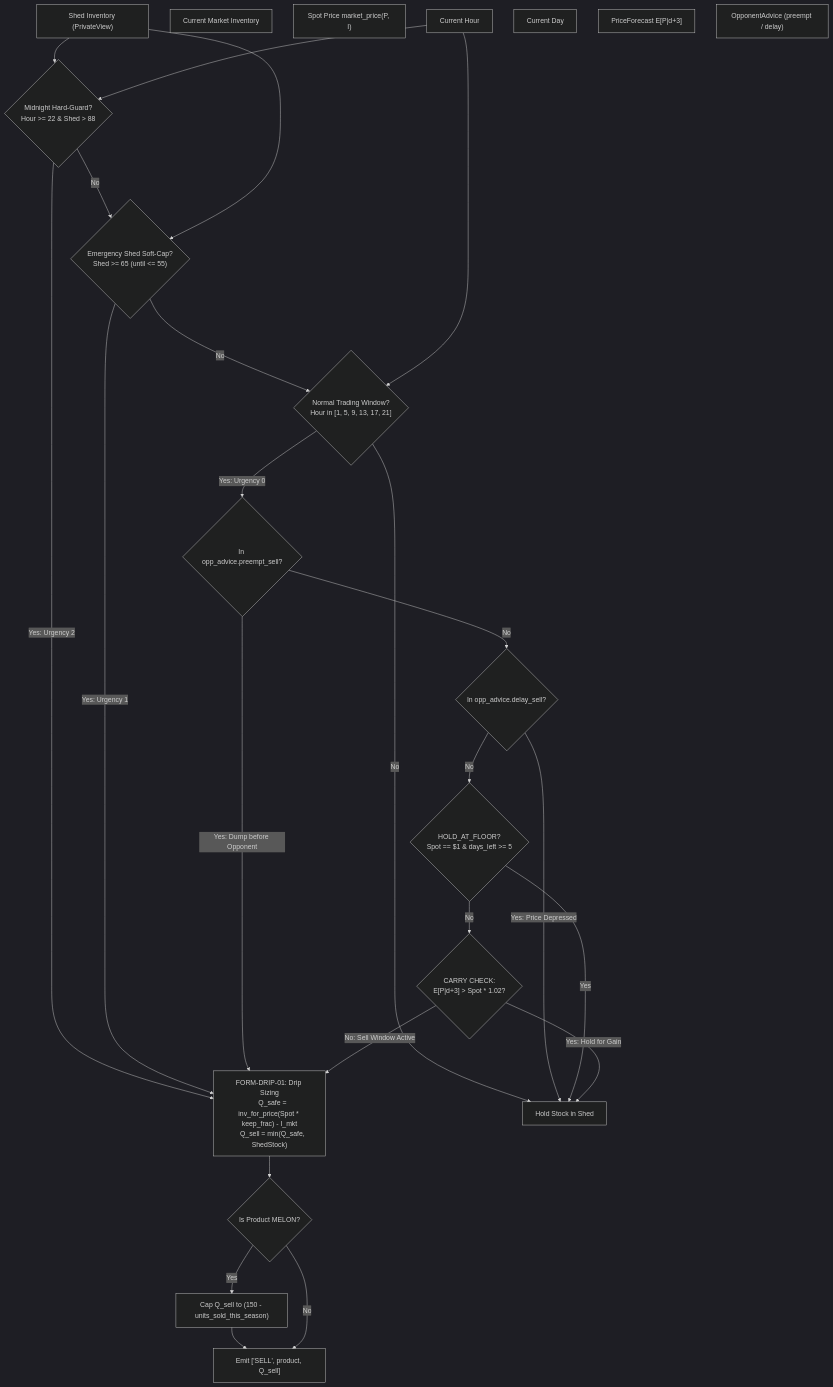
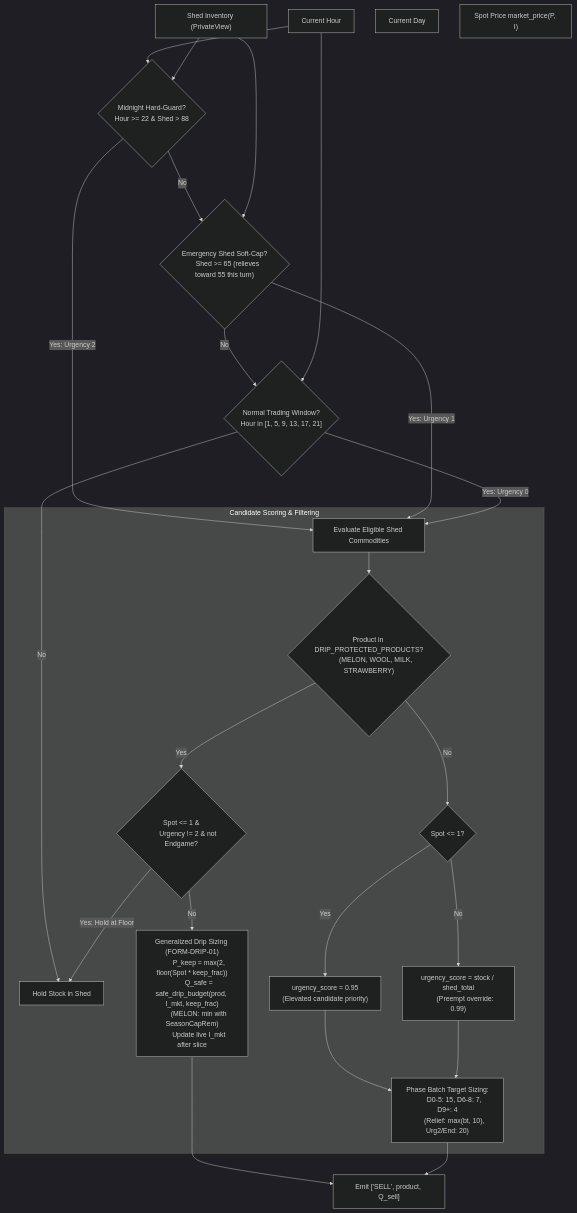
One commit to aaryasj0310-stack/farm changed the fourth of 4 diagrams in architecture/decision_formula.md. Above: the diagram before and after it, drawn with Mermaid (dark theme). The commit also changed other lines of this file and 242 other files, not shown here.

Commit message:
feat: generalized price-protected drip selling, ongoing crop survival watering, and bounded opponent market inference

````diff
--- a/architecture/decision_formula.md
+++ b/architecture/decision_formula.md
@@ -276,58 +348,54 @@
 ```mermaid
 flowchart TD
     SHED["Shed Inventory (PrivateView)"]
-    MKT_INV["Current Market Inventory"]
-    SPOT["Spot Price market_price(P, I)"]
     HR["Current Hour"]
     DAY["Current Day"]
-    FC["PriceForecast E[P|d+3]"]
-    ADV["OpponentAdvice (preempt / delay)"]
+    SPOT["Spot Price market_price(P, I)"]
 
     U2{"Midnight Hard-Guard?
     Hour >= 22 & Shed > 88"}
     U1{"Emergency Shed Soft-Cap?
-    Shed >= 65 (until <= 55)"}
+    Shed >= 65 (relieves toward 55 this turn)"}
     U0{"Normal Trading Window?
     Hour in [1, 5, 9, 13, 17, 21]"}
 
-    PREEMPT{"In opp_advice.preempt_sell?"}
-    DELAY{"In opp_advice.delay_sell?"}
-    FLOOR{"HOLD_AT_FLOOR?
-    Spot == $1 & days_left >= 5"}
-    CARRY{"CARRY CHECK:
-    E[P|d+3] > Spot * 1.02?"}
+    HOLD["Hold Stock in Shed"]
+    EVAL["Evaluate Eligible Shed Commodities"]
 
-    DRIP["FORM-DRIP-01: Drip Sizing
-    Q_safe = inv_for_price(Spot * keep_frac) - I_mkt
-    Q_sell = min(Q_safe, ShedStock)"]
-
-    MELON_CHECK{"Is Product MELON?"}
-    MELON_CAP["Cap Q_sell to (150 - units_sold_this_season)"]
-
-    EMIT_SELL["Emit ['SELL', product, Q_sell]"]
-    HOLD["Hold Stock in Shed"]
-
+    HR --> U2
     SHED --> U2
-    HR --> U2
-    U2 -->|Yes: Urgency 2| DRIP
+    U2 -->|Yes: Urgency 2| EVAL
     U2 -->|No| U1
     SHED --> U1
-    U1 -->|Yes: Urgency 1| DRIP
+    U1 -->|Yes: Urgency 1| EVAL
     U1 -->|No| U0
     HR --> U0
     U0 -->|No| HOLD
-    U0 -->|Yes: Urgency 0| PREEMPT
+    U0 -->|Yes: Urgency 0| EVAL
 
-    PREEMPT -->|Yes: Dump before Opponent| DRIP
-    PREEMPT -->|No| DELAY
-    DELAY -->|Yes: Price Depressed| HOLD
-    DELAY -->|No| FLOOR
-    FLOOR -->|Yes| HOLD
-    FLOOR -->|No| CARRY
-    CARRY -->|Yes: Hold for Gain| HOLD
-    CARRY -->|No: Sell Window Active| DRIP
+    subgraph CANDIDATE_FILTER["Candidate Scoring & Filtering"]
+        EVAL --> IS_PROT{"Product in DRIP_PROTECTED_PRODUCTS?
+        (MELON, WOOL, MILK, STRAWBERRY)"}
+        IS_PROT -->|Yes| PROT_FLOOR{"Spot <= 1 &
+        Urgency != 2 & not Endgame?"}
+        PROT_FLOOR -->|Yes: Hold at Floor| HOLD
+        PROT_FLOOR -->|No| SIZ_DRIP["Generalized Drip Sizing (FORM-DRIP-01)
+        P_keep = max(2, floor(Spot * keep_frac))
+        Q_safe = safe_drip_budget(prod, I_mkt, keep_frac)
+        (MELON: min with SeasonCapRem)
+        Update live I_mkt after slice"]
 
-    DRIP --> MELON_CHECK
-    MELON_CHECK -->|Yes| MELON_CAP --> EMIT_SELL
-    MELON_CHECK -->|No| EMIT_SELL
+        IS_PROT -->|No| NON_PROT_FLOOR{"Spot <= 1?"}
+        NON_PROT_FLOOR -->|Yes| BOOST_PRIO["urgency_score = 0.95
+        (Elevated candidate priority)"]
+        NON_PROT_FLOOR -->|No| STD_PRIO["urgency_score = stock / shed_total
+        (Preempt override: 0.99)"]
+        BOOST_PRIO --> SIZ_FIXED["Phase Batch Target Sizing:
+        D0-5: 15, D6-8: 7, D9+: 4
+        (Relief: max(bt, 10), Urg2/End: 20)"]
+        STD_PRIO --> SIZ_FIXED
+    end
+
+    SIZ_DRIP --> EMIT_SELL["Emit ['SELL', product, Q_sell]"]
+    SIZ_FIXED --> EMIT_SELL
 ```
````
